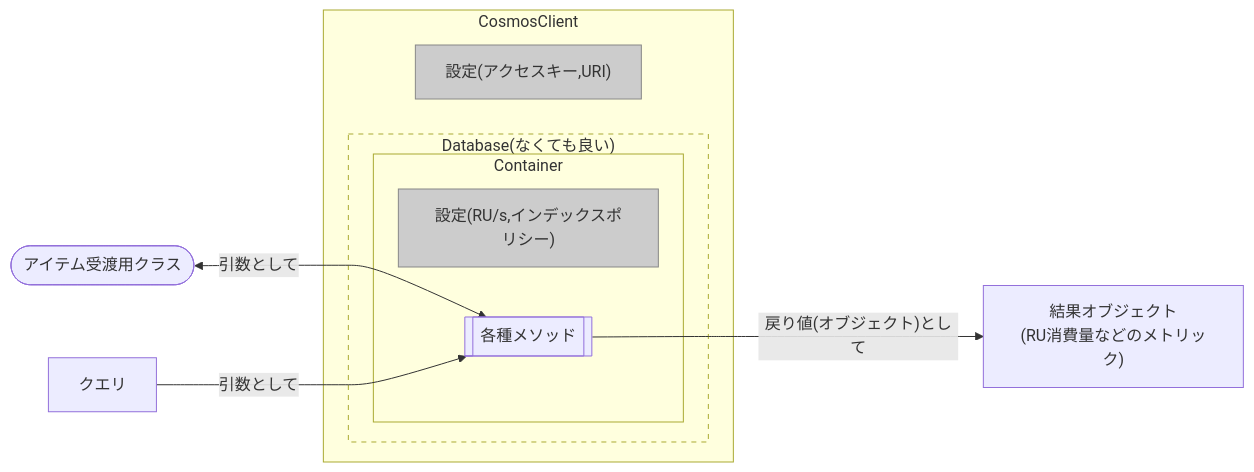
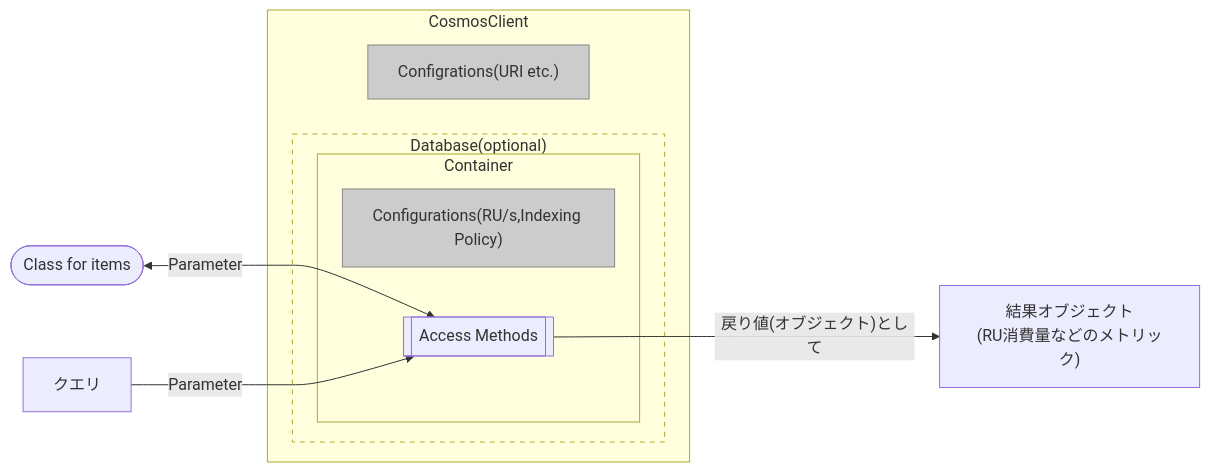
One commit to tahayaka-microsoft/CosmosDB-ChangeFeed-Functions changed the fifth of 5 diagrams in en/00_CosmosDB_Essential.md. Above: the diagram before and after it, drawn with Mermaid. The commit also changed other lines of this file, not shown here.

````diff
--- a/en/00_CosmosDB_Essential.md
+++ b/en/00_CosmosDB_Essential.md
@@ -473,20 +472,20 @@
 ```mermaid
 graph LR
-    A([アイテム受渡用クラス])
+    A([Class for items])
     subgraph s1["CosmosClient"]
-        1["設定(アクセスキー,URI)"]
-        subgraph s2["Database(なくても良い)"]
+        1["Configrations(URI etc.)"]
+        subgraph s2["Database(optional)"]
             subgraph s3["Container"]
-                2["設定(RU/s,インデックスポリシー)"]
-                B[[各種メソッド]]
+                2["Configurations(RU/s,Indexing Policy)"]
+                B[[Access Methods]]
             end
         end
     end
-    A<--引数として-->B
-    D["クエリ"]--引数として-->B
+    A<--Parameter-->B
+    D["クエリ"]--Parameter-->B
     B--"戻り値(オブジェクト)として"-->C["結果オブジェクト
 (RU消費量などのメトリック)"]
 style s2 stroke-dasharray: 5 5
 style 1 fill:#CCC,stroke:#888
 style 2 fill:#CCC,stroke:#888
 ```
````
